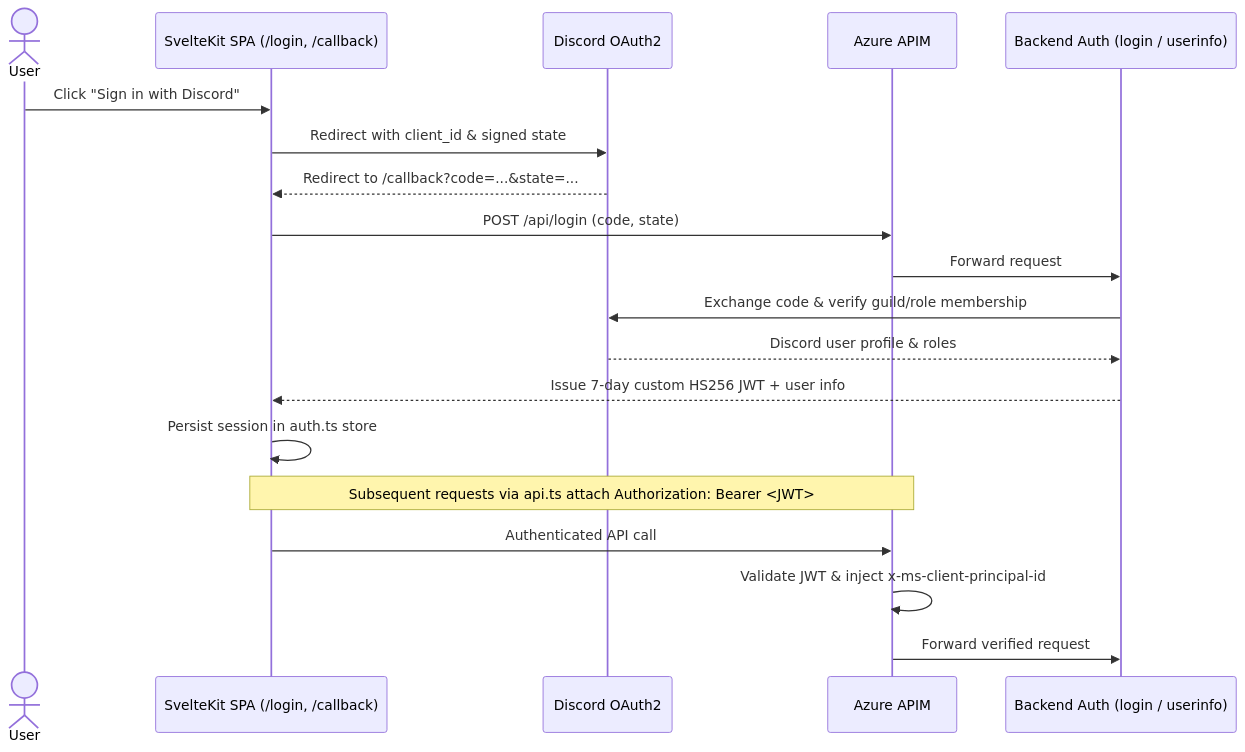
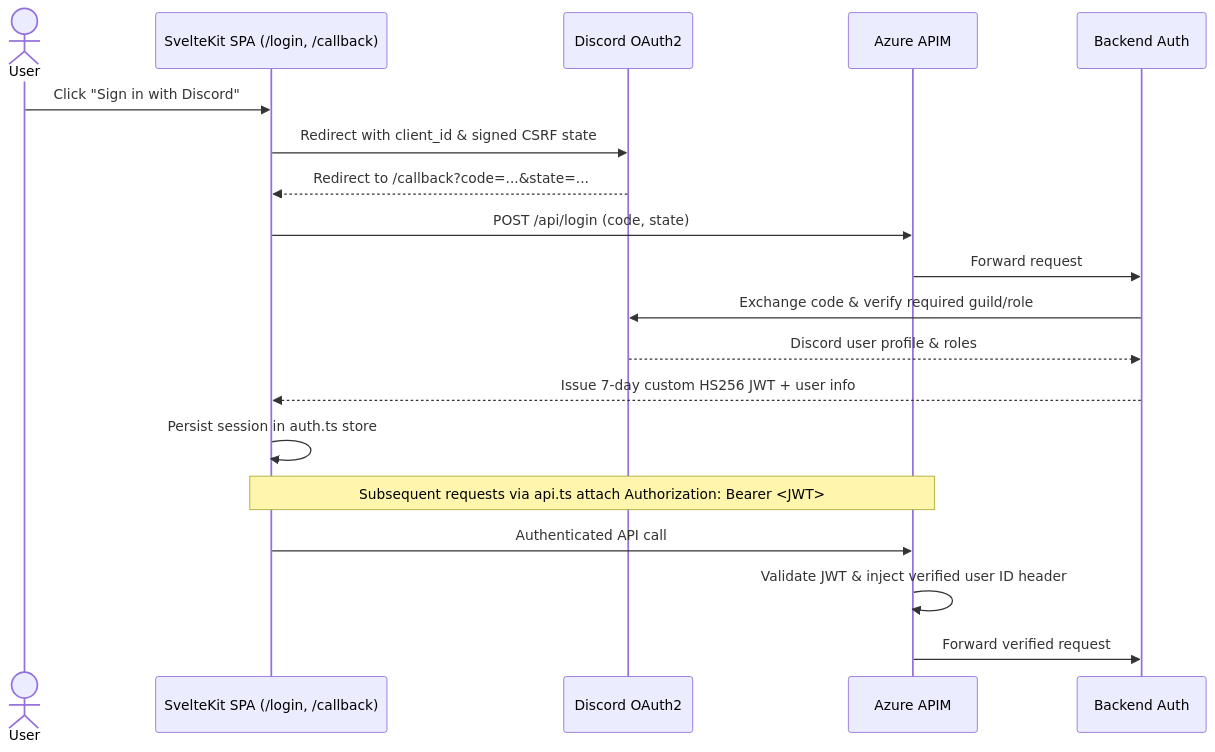
The third of 4 diagrams in README.md (cjjwisniewski/seeker.cityoftraitors.com), drawn with Mermaid before and after one commit. The commit also changed other lines of this file, not shown here.

Commit message:
docs(readme): overhaul README with full-stack architecture diagrams

````diff
--- a/README.md
+++ b/README.md
@@ -42,22 +89,22 @@
 ```mermaid
 sequenceDiagram
     actor User
     participant SPA as SvelteKit SPA (/login, /callback)
     participant Discord as Discord OAuth2
     participant APIM as Azure APIM
-    participant AuthFn as Backend Auth (login / userinfo)
+    participant AuthFn as Backend Auth
 
     User->>SPA: Click "Sign in with Discord"
-    SPA->>Discord: Redirect with client_id & signed state
+    SPA->>Discord: Redirect with client_id & signed CSRF state
     Discord-->>SPA: Redirect to /callback?code=...&state=...
     SPA->>APIM: POST /api/login (code, state)
     APIM->>AuthFn: Forward request
-    AuthFn->>Discord: Exchange code & verify guild/role membership
+    AuthFn->>Discord: Exchange code & verify required guild/role
     Discord-->>AuthFn: Discord user profile & roles
     AuthFn-->>SPA: Issue 7-day custom HS256 JWT + user info
     SPA->>SPA: Persist session in auth.ts store
     Note over SPA,APIM: Subsequent requests via api.ts attach Authorization: Bearer <JWT>
     SPA->>APIM: Authenticated API call
-    APIM->>APIM: Validate JWT & inject x-ms-client-principal-id
+    APIM->>APIM: Validate JWT & inject verified user ID header
     APIM->>AuthFn: Forward verified request
 ```
````
